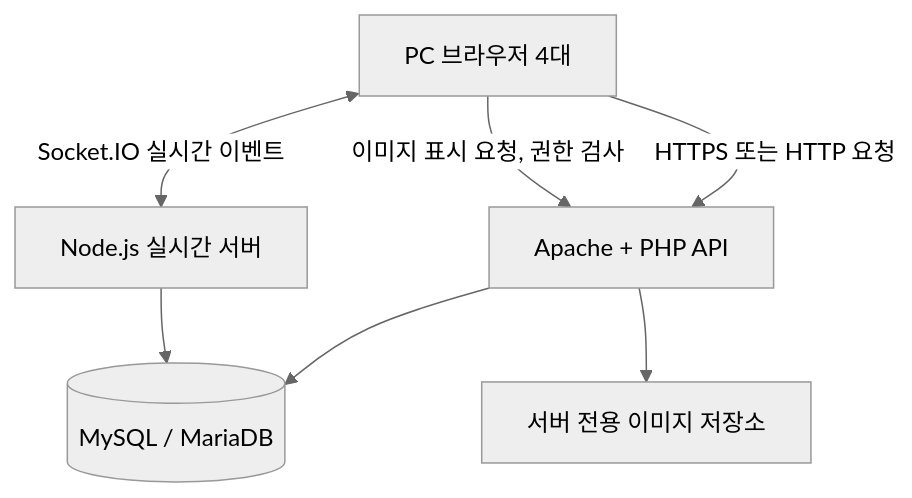
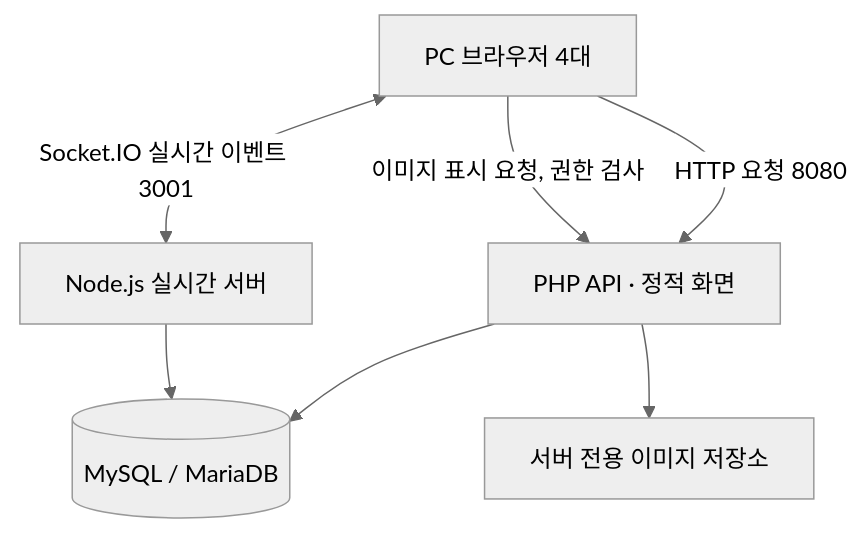
The diagram in docs/05-architecture.md (siwoo440/TaskCanvas), drawn with Mermaid (neutral theme) before and after one commit. The commit also changed other lines of this file and 52 other files, not shown here.

````diff
--- a/docs/05-architecture.md
+++ b/docs/05-architecture.md
@@ -7,9 +9,9 @@
 ```mermaid
 flowchart TD
-    A[PC 브라우저 4대] -->|HTTPS 또는 HTTP 요청| B[Apache + PHP API]
-    A <-->|Socket.IO 실시간 이벤트| C[Node.js 실시간 서버]
+    A[PC 브라우저 4대] -->|HTTP 요청 8080| B[PHP API · 정적 화면]
+    A <-->|Socket.IO 실시간 이벤트 3001| C[Node.js 실시간 서버]
     B --> D[(MySQL / MariaDB)]
     C --> D
     B --> E[서버 전용 이미지 저장소]
     A -->|이미지 표시 요청, 권한 검사| B
 ```
````
